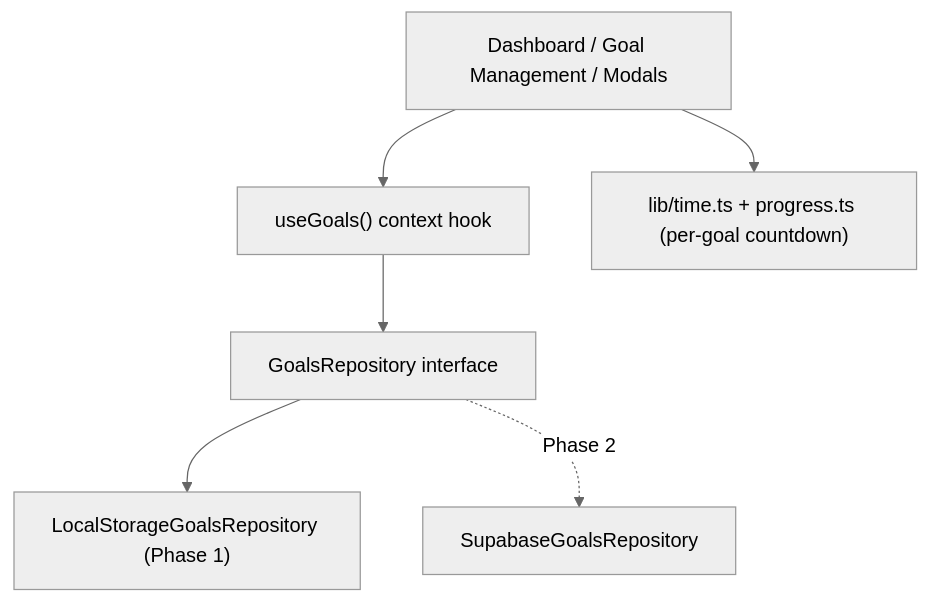
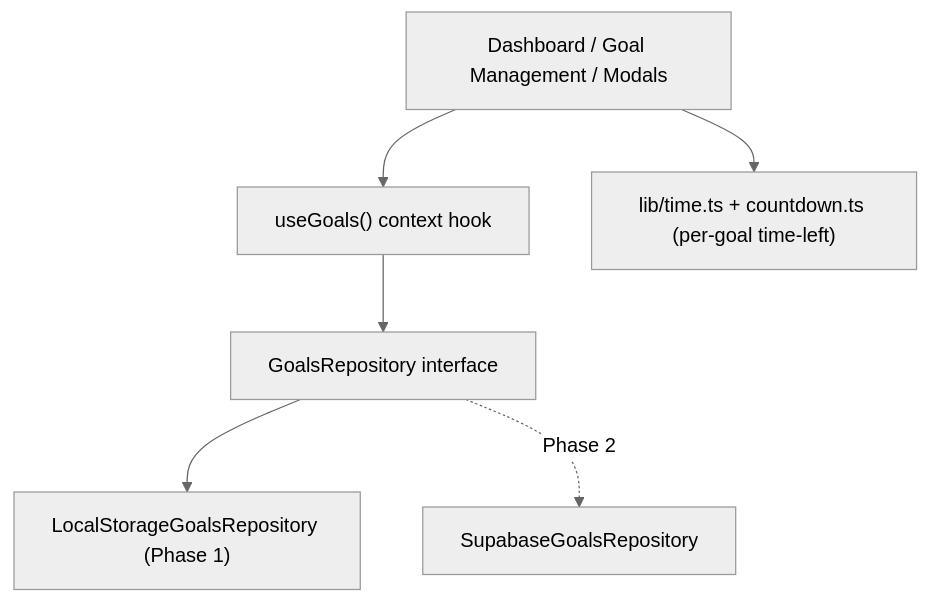
One commit to evkwan/time-remaining changed the diagram in docs/PROJECT_SPEC.md. Above: the diagram before and after it, drawn with Mermaid (neutral theme). The commit also changed other lines of this file and 18 other files, not shown here.

Commit message:
Refactor goal progress tracking to use a time-left countdown instead of completion progress; update related components and documentation accordingly. Add testing infrastructure with Vitest and update package dependencies for testing libraries.

````diff
--- a/docs/PROJECT_SPEC.md
+++ b/docs/PROJECT_SPEC.md
@@ -104,8 +104,8 @@
 ```mermaid
 flowchart TD
   UI["Dashboard / Goal Management / Modals"] --> Hook["useGoals() context hook"]
   Hook --> Repo["GoalsRepository interface"]
   Repo --> Local["LocalStorageGoalsRepository (Phase 1)"]
   Repo -. "Phase 2" .-> Supa["SupabaseGoalsRepository"]
-  UI --> Time["lib/time.ts + progress.ts (per-goal countdown)"]
+  UI --> Time["lib/time.ts + countdown.ts (per-goal time-left)"]
 ```
````
